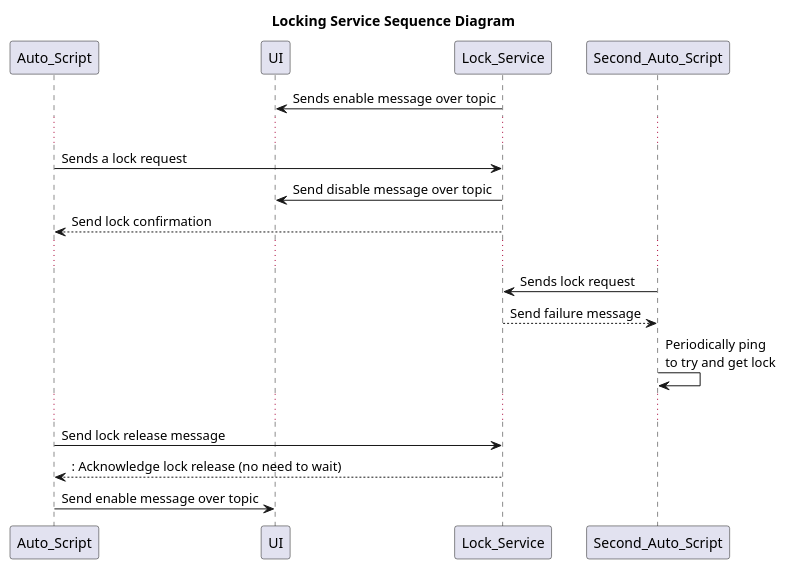
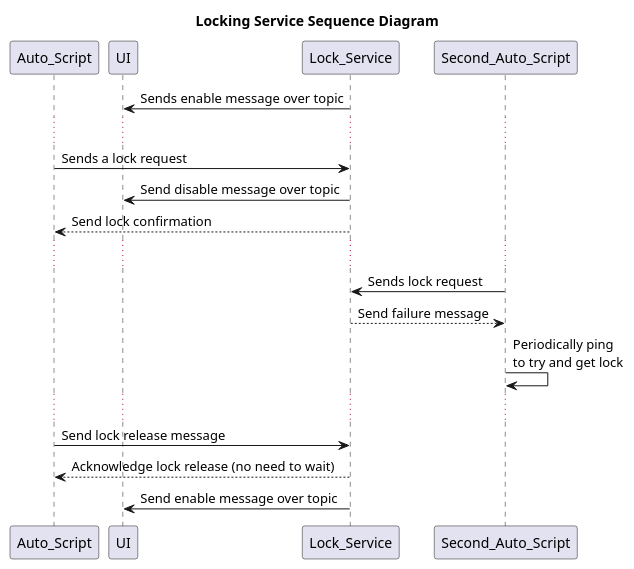
Before and after one commit to uwrov/nautilus_surface: the diagram in src/robot_module/doc/lock_service.puml, drawn with PlantUML.

Commit message:
correct arrow originator

```diff
--- a/src/robot_module/doc/lock_service.puml
+++ b/src/robot_module/doc/lock_service.puml
@@ -1,27 +1,27 @@
 @startuml Locking Service Sequence Diagram
 title Locking Service Sequence Diagram
 participant Auto_Script as auto
 participant UI as ui
 participant Lock_Service as ls
 
 ls -> ui : Sends enable message over topic
 
 ...
 
 auto -> ls : Sends a lock request
 ls -> ui : Send disable message over topic
 ls --> auto : Send lock confirmation
 
 ...
 
 Second_Auto_Script -> ls : Sends lock request
 return Send failure message
 Second_Auto_Script -> Second_Auto_Script : Periodically ping\nto try and get lock
 
 ...
 
 auto -> ls : Send lock release message
-return : Acknowledge lock release (no need to wait)
-auto -> ui : Send enable message over topic
+return Acknowledge lock release (no need to wait)
+ls -> ui : Send enable message over topic
 
 @enduml
```
